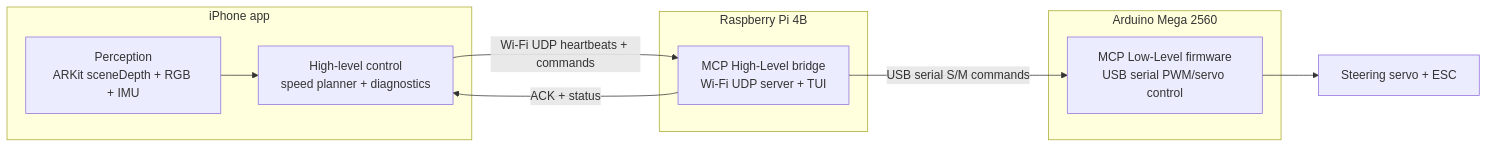
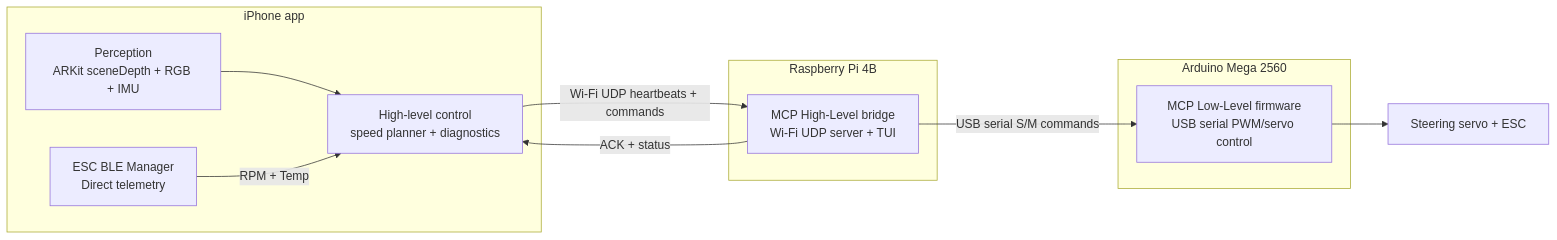
The diagram in README.md (JuneJulyAugust/metalbot), drawn with Mermaid before and after one commit. The commit also changed other lines of this file and 4 other files, not shown here.

Commit message:
Fix iOS build and update architecture for direct ESC-to-iPhone BLE connection

````diff
--- a/README.md
+++ b/README.md
@@ -19,23 +19,25 @@
 ```mermaid
 flowchart LR
     subgraph iPhoneApp["iPhone app"]
         perception["Perception\nARKit sceneDepth + RGB + IMU"]
         highLevelControl["High-level control\nspeed planner + diagnostics"]
+        escBle["ESC BLE Manager\nDirect telemetry"]
     end
 
     subgraph piBridge["Raspberry Pi 4B"]
         mcpBridge["MCP High-Level bridge\nWi-Fi UDP server + TUI"]
     end
 
     subgraph arduinoCtl["Arduino Mega 2560"]
         lowLevel["MCP Low-Level firmware\nUSB serial PWM/servo control"]
     end
 
     actuators["Steering servo + ESC"]
 
     perception --> highLevelControl
+    escBle -->|RPM + Temp| highLevelControl
     highLevelControl -->|Wi-Fi UDP heartbeats + commands| mcpBridge
     mcpBridge -->|USB serial S/M commands| lowLevel
     lowLevel --> actuators
     mcpBridge -->|ACK + status| highLevelControl
 ```
````
